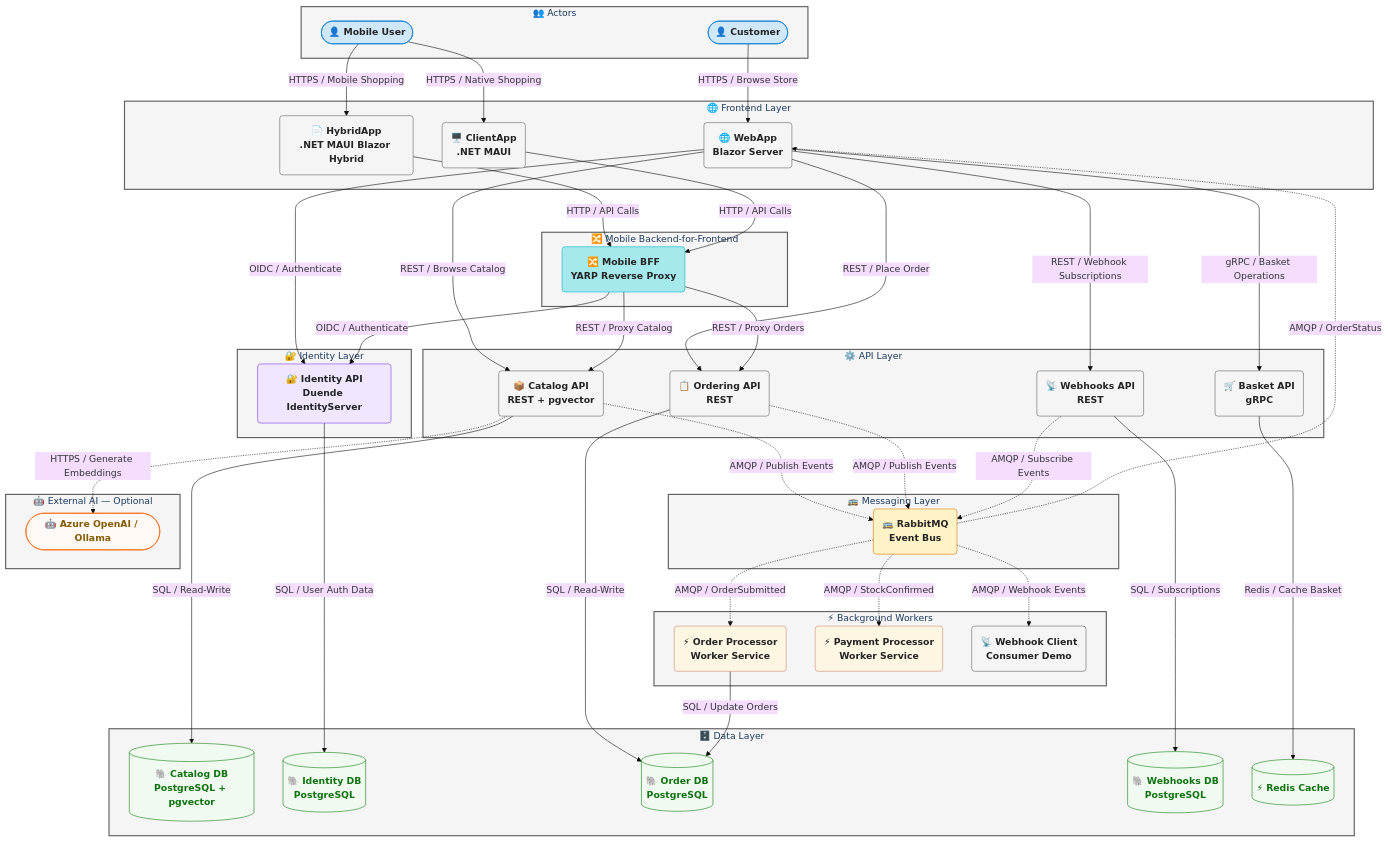
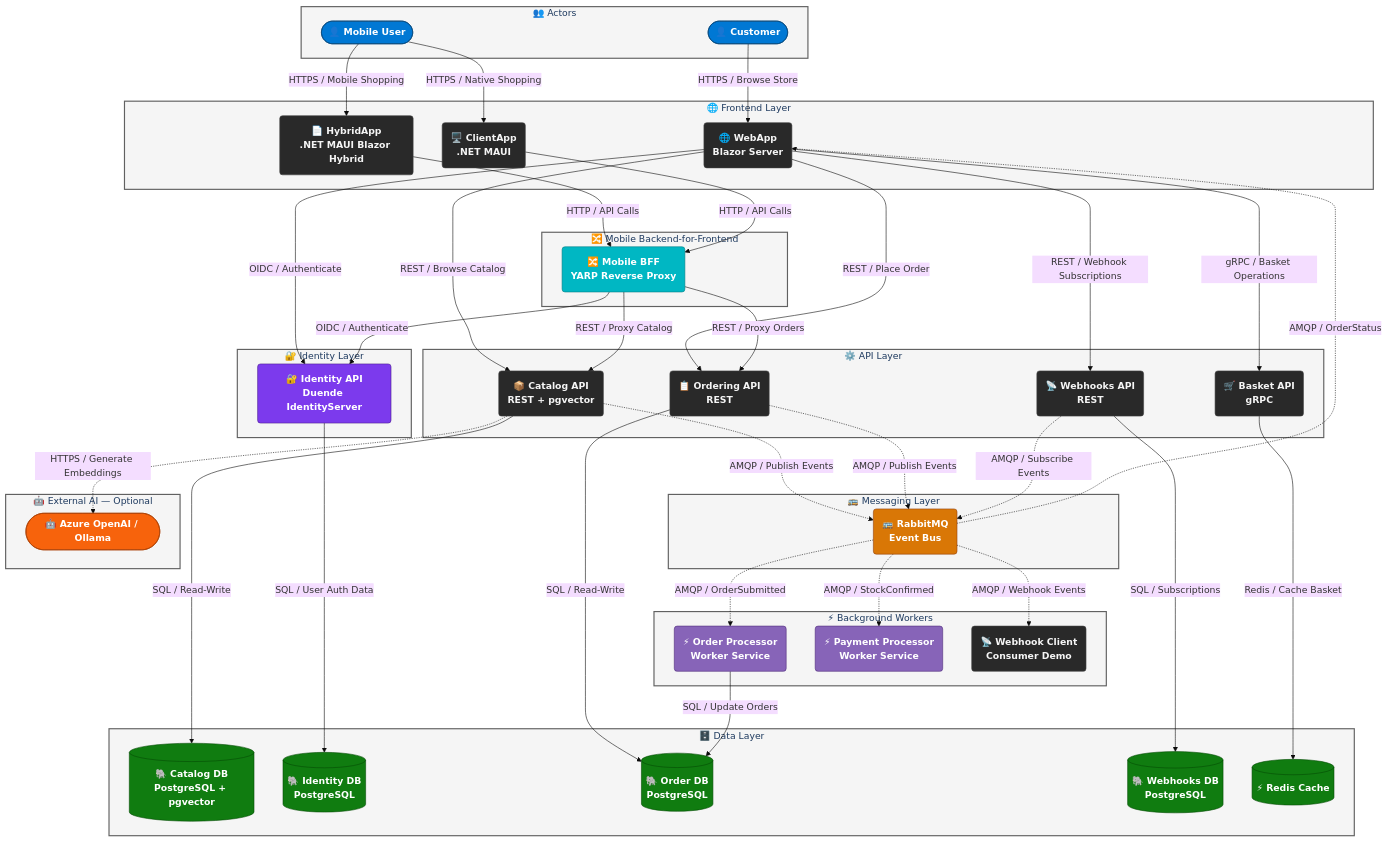
Before and after one commit to Evilazaro/eShop: the diagram in README.md, drawn with Mermaid.

Commit message:
refactor: update diagram styles in README.md for improved visibility and consistency

```diff
--- a/README.md
+++ b/README.md
@@ -52,14 +52,14 @@
 flowchart TB
 
   %% ── Class Definitions ──────────────────────────────────────────────────────
-  classDef actor     fill:#d0e7f8,stroke:#0078d4,color:#242424,font-weight:bold
-  classDef service   fill:#f5f5f5,stroke:#616161,color:#242424,font-weight:bold
-  classDef gateway   fill:#a6e9ed,stroke:#00b7c3,color:#242424,font-weight:bold
-  classDef datastore fill:#f1faf1,stroke:#107c10,color:#0e700e,font-weight:bold
-  classDef external  fill:#fff9f5,stroke:#f7630c,color:#835b00,font-weight:bold
-  classDef worker    fill:#fdf6e3,stroke:#d08770,color:#242424,font-weight:bold
-  classDef identity  fill:#f0e6ff,stroke:#7c3aed,color:#242424,font-weight:bold
-  classDef messaging fill:#fef3c7,stroke:#d97706,color:#242424,font-weight:bold
+  classDef actor     fill:#0078d4,stroke:#004578,color:#ffffff,font-weight:bold
+  classDef service   fill:#292929,stroke:#424242,color:#f5f5f5,font-weight:bold
+  classDef gateway   fill:#00b7c3,stroke:#007b82,color:#ffffff,font-weight:bold
+  classDef datastore fill:#107c10,stroke:#054b05,color:#ffffff,font-weight:bold
+  classDef external  fill:#f7630c,stroke:#a93e00,color:#ffffff,font-weight:bold
+  classDef worker    fill:#8764b8,stroke:#4f2b7a,color:#ffffff,font-weight:bold
+  classDef identity  fill:#7c3aed,stroke:#4c1d8d,color:#ffffff,font-weight:bold
+  classDef messaging fill:#d97706,stroke:#92400e,color:#ffffff,font-weight:bold
 
   %% ── Actors ──────────────────────────────────────────────────────────────────
   subgraph ACTORS["👥 Actors"]
```
